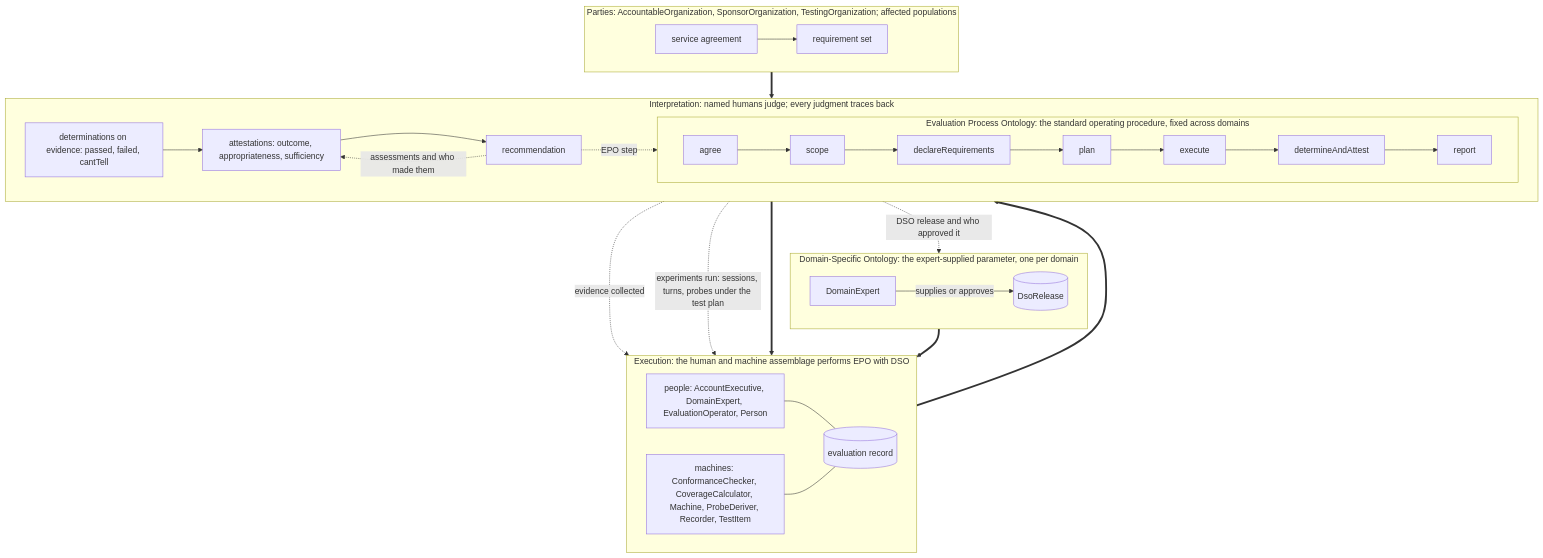
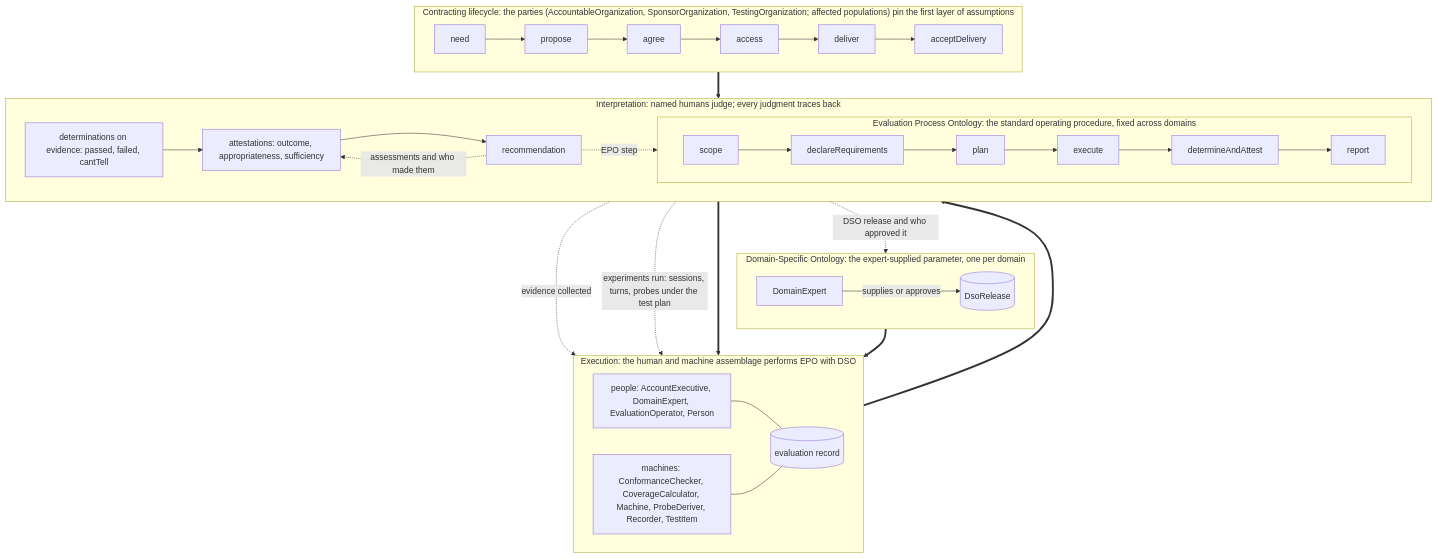
Before and after one commit to DynamicalSystemsGroup/og-caie-spec: the diagram in generated/layers.md, drawn with Mermaid. The commit also changed 49 other files, not shown here.

First line of the commit message:
R-32: the contracting lifecycle, bound to the canon; two layers of pinned assumptions

````diff
--- a/generated/layers.md
+++ b/generated/layers.md
@@ -3,36 +3,36 @@
 ```{mermaid}
 flowchart TB
-  subgraph PARTIES["Parties: AccountableOrganization, SponsorOrganization, TestingOrganization; affected populations"]
+  subgraph PARTIES["Contracting lifecycle: the parties (AccountableOrganization, SponsorOrganization, TestingOrganization; affected populations) pin the first layer of assumptions"]
     direction LR
-    agree[service agreement] --> reqs[requirement set]
+    c0[need] --> c1[propose] --> c2[agree] --> c3[access] --> c4[deliver] --> c5[acceptDelivery]
   end
   subgraph EPO["Evaluation Process Ontology: the standard operating procedure, fixed across domains"]
     direction LR
-    s0[agree] --> s1[scope] --> s2[declareRequirements] --> s3[plan] --> s4[execute] --> s5[determineAndAttest] --> s6[report]
+    s0[scope] --> s1[declareRequirements] --> s2[plan] --> s3[execute] --> s4[determineAndAttest] --> s5[report]
   end
   subgraph DSO["Domain-Specific Ontology: the expert-supplied parameter, one per domain"]
     direction LR
     de[DomainExpert] -- supplies or approves --> dso[(DsoRelease)]
   end
   subgraph EXEC["Execution: the human and machine assemblage performs EPO with DSO"]
     direction LR
     H["people: AccountExecutive, DomainExpert, EvaluationOperator, Person"]
     M["machines: ConformanceChecker, CoverageCalculator, Machine, ProbeDeriver, Recorder, TestItem"]
     H --- rec[(evaluation record)]
     M --- rec
   end
   subgraph INTERP["Interpretation: named humans judge; every judgment traces back"]
     direction LR
     det[determinations on evidence: passed, failed, cantTell] --> att[attestations: outcome, appropriateness, sufficiency]
     att --> recmd[recommendation]
     recmd -. evidence collected .-> rec
     recmd -. experiments run: sessions, turns, probes under the test plan .-> rec
     recmd -. assessments and who made them .-> att
     recmd -. DSO release and who approved it .-> dso
     recmd -. EPO step .-> EPO
   end
   PARTIES ==> EPO
   EPO ==> EXEC
   DSO ==> EXEC
   EXEC ==> INTERP
 ```
````
